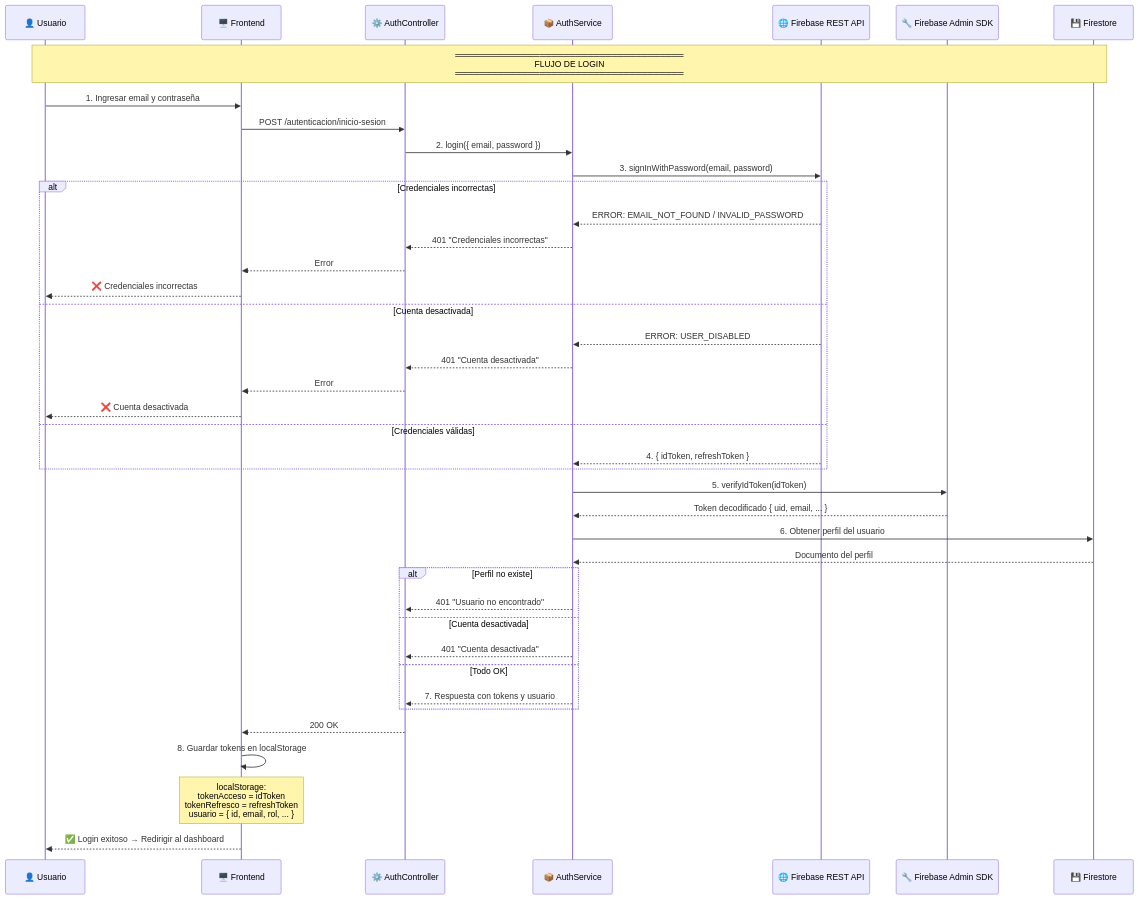
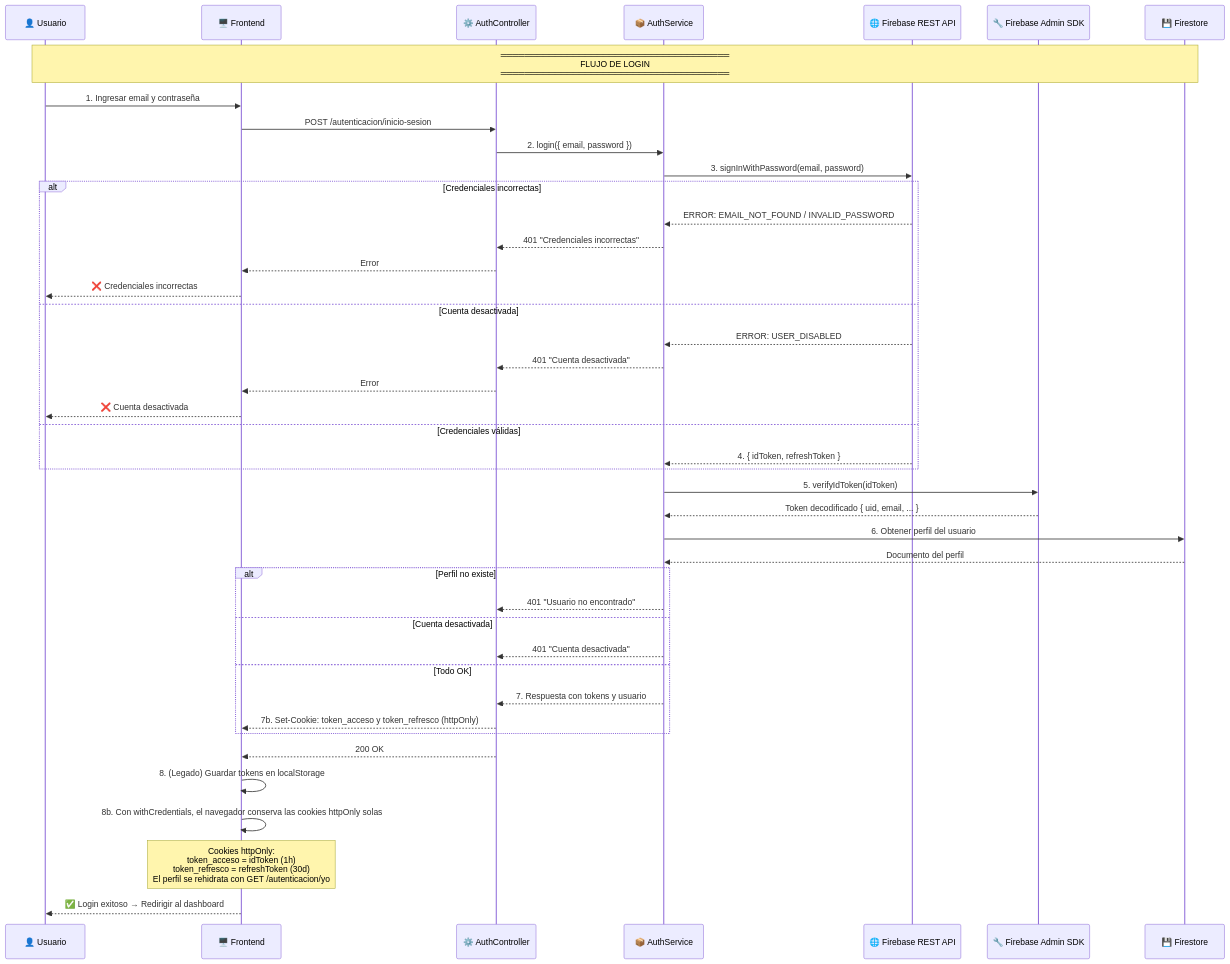
Before and after one commit to Isael7w7/raices-backend: the third of 12 diagrams in docs/AUTH-FLOW.md, drawn with Mermaid. The commit also changed other lines of this file, not shown here.

Commit message:
docs: actualizar AUTH-FLOW.md con el flujo dual de sesión (cookies httpOnly)

````diff
--- a/docs/AUTH-FLOW.md
+++ b/docs/AUTH-FLOW.md
@@ -176,54 +230,56 @@
 ```mermaid
 sequenceDiagram
     participant U as 👤 Usuario
     participant F as 🖥️ Frontend
     participant A as ⚙️ AuthController
     participant S as 📦 AuthService
     participant REST as 🌐 Firebase REST API
     participant AS as 🔧 Firebase Admin SDK
     participant DB as 💾 Firestore
 
     Note over U,DB: ══════════════════════════════════════<br/>FLUJO DE LOGIN<br/>══════════════════════════════════════
 
     U->>F: 1. Ingresar email y contraseña
     F->>A: POST /autenticacion/inicio-sesion
 
     A->>S: 2. login({ email, password })
 
     S->>REST: 3. signInWithPassword(email, password)
     
     alt Credenciales incorrectas
         REST-->>S: ERROR: EMAIL_NOT_FOUND / INVALID_PASSWORD
         S-->>A: 401 "Credenciales incorrectas"
         A-->>F: Error
         F-->>U: ❌ Credenciales incorrectas
     else Cuenta desactivada
         REST-->>S: ERROR: USER_DISABLED
         S-->>A: 401 "Cuenta desactivada"
         A-->>F: Error
         F-->>U: ❌ Cuenta desactivada
     else Credenciales válidas
         REST-->>S: 4. { idToken, refreshToken }
     end
 
     S->>AS: 5. verifyIdToken(idToken)
     AS-->>S: Token decodificado { uid, email, ... }
 
     S->>DB: 6. Obtener perfil del usuario
     DB-->>S: Documento del perfil
 
     alt Perfil no existe
         S-->>A: 401 "Usuario no encontrado"
     else Cuenta desactivada
         S-->>A: 401 "Cuenta desactivada"
     else Todo OK
         S-->>A: 7. Respuesta con tokens y usuario
+        A-->>F: 7b. Set-Cookie: token_acceso y token_refresco (httpOnly)
     end
 
     A-->>F: 200 OK
-    F->>F: 8. Guardar tokens en localStorage
+    F->>F: 8. (Legado) Guardar tokens en localStorage
+    F->>F: 8b. Con withCredentials, el navegador conserva las cookies httpOnly solas
     
-    Note over F: localStorage:<br/>tokenAcceso = idToken<br/>tokenRefresco = refreshToken<br/>usuario = { id, email, rol, ... }
+    Note over F: Cookies httpOnly:<br/>token_acceso = idToken (1h)<br/>token_refresco = refreshToken (30d)<br/>El perfil se rehidrata con GET /autenticacion/yo
     
     F-->>U: ✅ Login exitoso → Redirigir al dashboard
 ```
````
